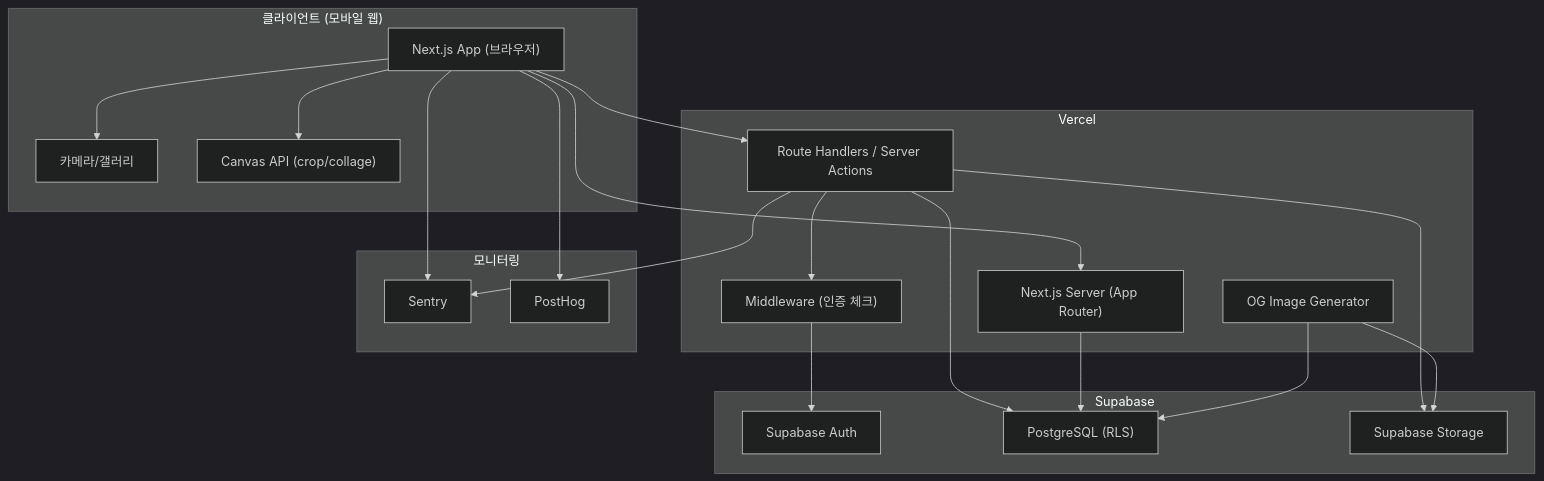
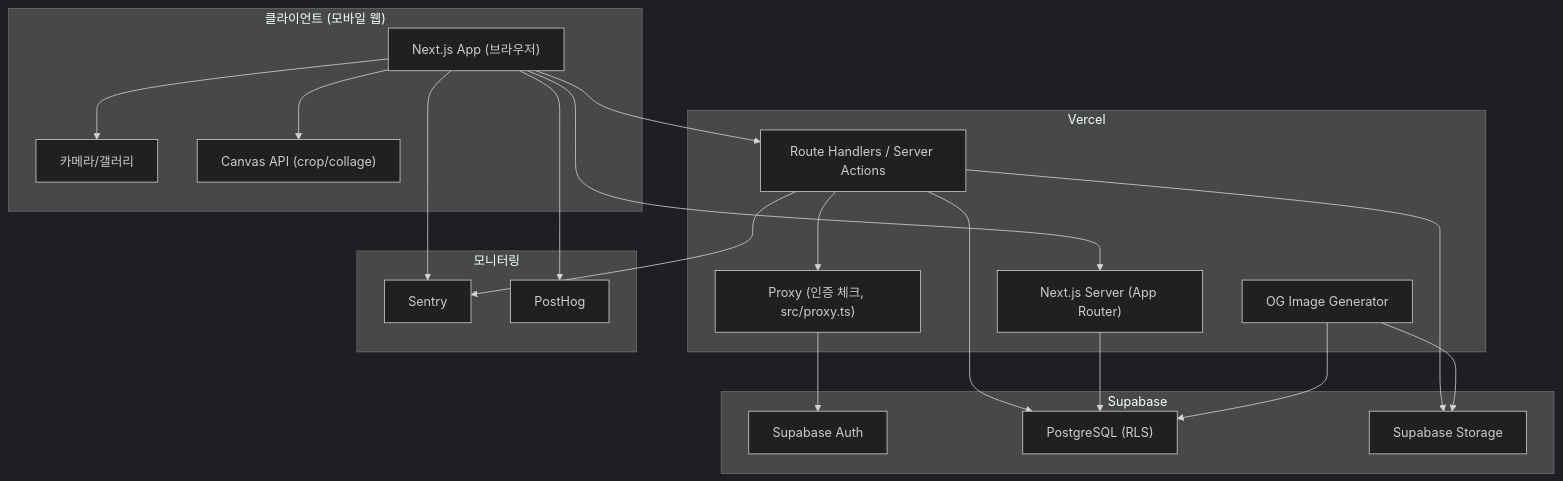
The first of 6 diagrams in docs/architecture.md (hjnMavis/typolog), drawn with Mermaid (dark theme) before and after one commit. The commit also changed other lines of this file and 6 other files, not shown here.

````diff
--- a/docs/architecture.md
+++ b/docs/architecture.md
@@ -5,41 +5,41 @@
 ```mermaid
 graph TB
     subgraph Client["클라이언트 (모바일 웹)"]
         Browser["Next.js App (브라우저)"]
         Camera["카메라/갤러리"]
         Canvas["Canvas API (crop/collage)"]
     end
 
     subgraph Vercel["Vercel"]
         SSR["Next.js Server (App Router)"]
         API["Route Handlers / Server Actions"]
         OG["OG Image Generator"]
-        MW["Middleware (인증 체크)"]
+        MW["Proxy (인증 체크, src/proxy.ts)"]
     end
 
     subgraph Supabase["Supabase"]
         Auth["Supabase Auth"]
         DB["PostgreSQL (RLS)"]
         Storage["Supabase Storage"]
     end
 
     subgraph Monitoring["모니터링"]
         Sentry["Sentry"]
         PostHog["PostHog"]
     end
 
     Browser --> SSR
     Browser --> Camera
     Browser --> Canvas
     Browser --> API
     API --> MW
     MW --> Auth
     API --> DB
     API --> Storage
     SSR --> DB
     Browser --> Sentry
     Browser --> PostHog
     API --> Sentry
     OG --> DB
     OG --> Storage
 ```
````
